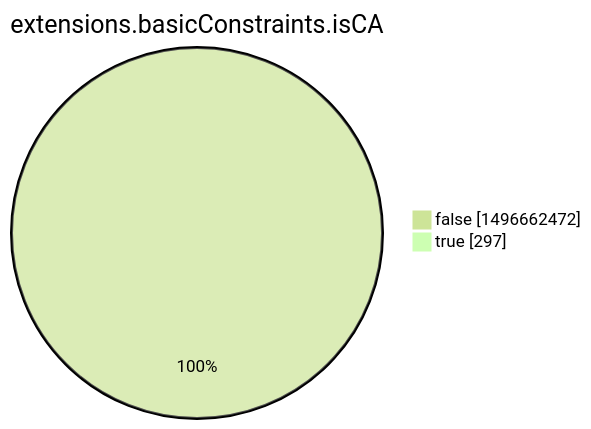
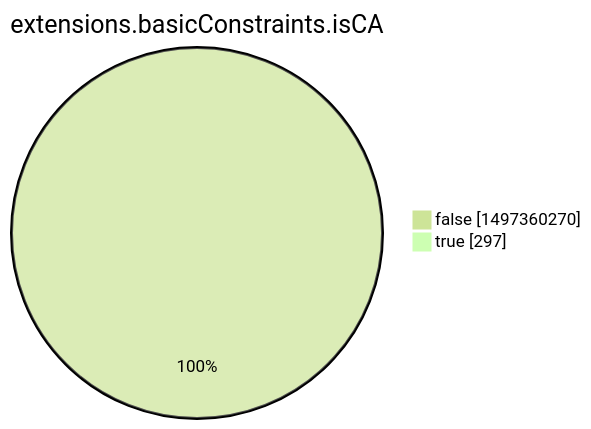
One commit to christiankrug/ctmonitor_visualization changed the eighth of 15 diagrams in argon2022/README.md. Above: the diagram before and after it, drawn with Mermaid (forest theme). The commit also changed other lines of this file, not shown here.

````diff
--- a/argon2022/README.md
+++ b/argon2022/README.md
@@ -2760,6 +2760,6 @@
 ```mermaid
 pie showData
 title extensions.basicConstraints.isCA
-"false" :1496662472
+"false" :1497360270
 "true" :297
 ```
````
